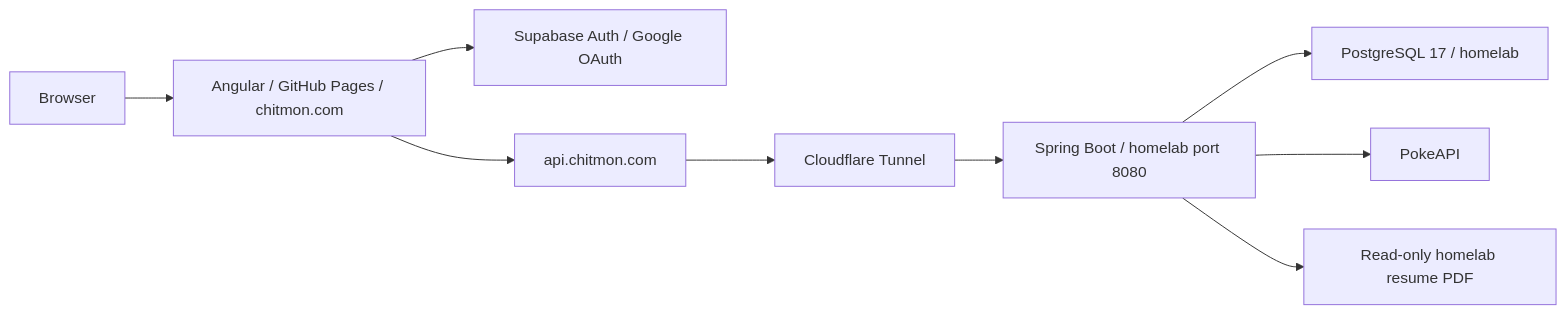
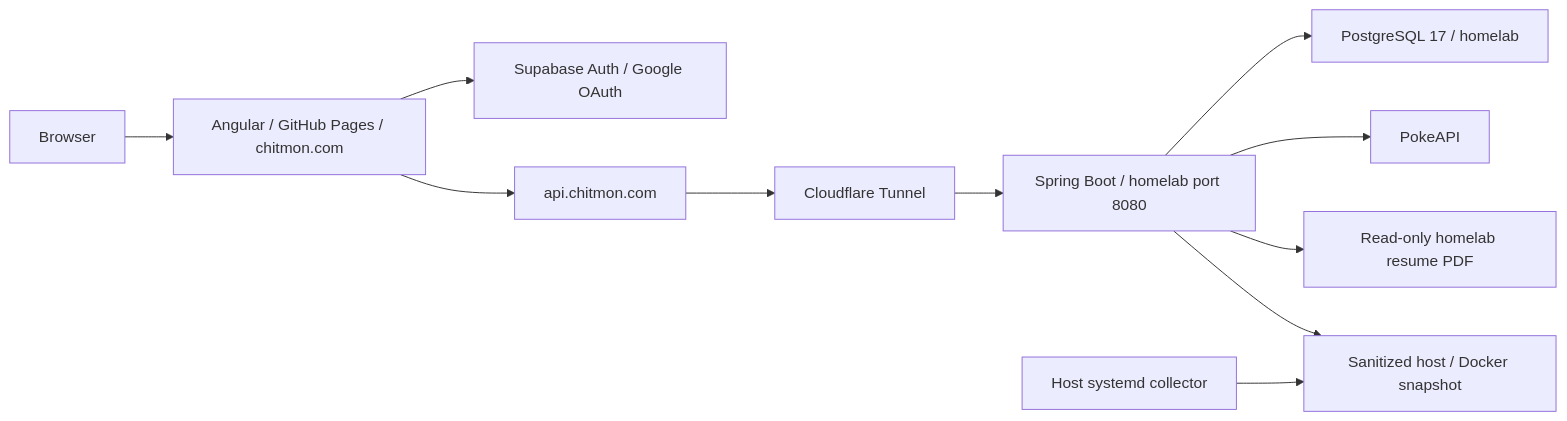
One commit to austinchitmon/personal-site changed the diagram in docs/architecture.md. Above: the diagram before and after it, drawn with Mermaid. The commit also changed other lines of this file and 19 other files, not shown here.

````diff
--- a/docs/architecture.md
+++ b/docs/architecture.md
@@ -7,11 +7,13 @@
 ```mermaid
 flowchart LR
     Browser --> Frontend[Angular / GitHub Pages / chitmon.com]
     Frontend --> Auth[Supabase Auth / Google OAuth]
     Frontend --> API[api.chitmon.com]
     API --> Tunnel[Cloudflare Tunnel]
     Tunnel --> Backend[Spring Boot / homelab port 8080]
     Backend --> Database[PostgreSQL 17 / homelab]
     Backend --> PokeAPI[PokeAPI]
     Backend --> Resume[Read-only homelab resume PDF]
+    Collector[Host systemd collector] --> Snapshot[Sanitized host / Docker snapshot]
+    Backend --> Snapshot
 ```
````
